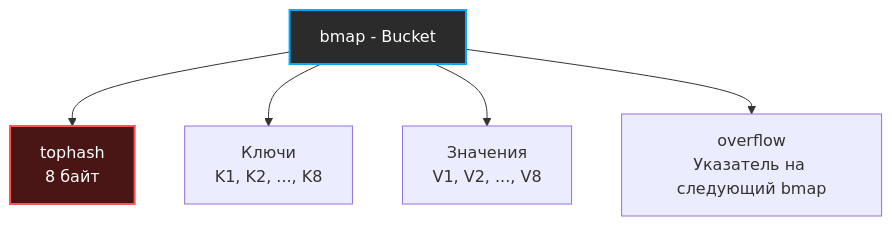
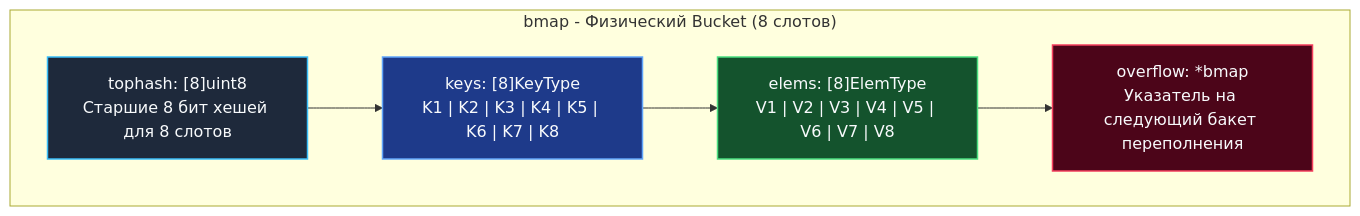
Before and after one commit to UnrealTemplier/go-textbook: the first of 2 diagrams in sources/20. Алгоритмы и структуры данных (DSA) на Go/03. Хеширование/5. Внутреннее устройство map в Go.md, drawn with Mermaid. The commit also changed other lines of this file, not shown here.

````diff
--- a/sources/20. Алгоритмы и структуры данных (DSA) на Go/03. Хеширование/5. Внутреннее устройство map в Go.md
+++ b/sources/20. Алгоритмы и структуры данных (DSA) на Go/03. Хеширование/5. Внутреннее устройство map в Go.md
@@ -43,10 +49,23 @@
 ```mermaid
 flowchart TD
-    B["bmap - Bucket"] --> T["tophash<br>8 байт"]
-    B --> K["Ключи<br>K1, K2, ..., K8"]
-    B --> V["Значения<br>V1, V2, ..., V8"]
-    B --> O["overflow<br>Указатель на следующий bmap"]
+    subgraph Bucket["bmap - Физический Bucket (8 слотов)"]
+        T["tophash: [8]uint8<br/>Старшие 8 бит хешей для 8 слотов"]
+        K["keys: [8]KeyType<br/>K1 | K2 | K3 | K4 | K5 | K6 | K7 | K8"]
+        V["elems: [8]ElemType<br/>V1 | V2 | V3 | V4 | V5 | V6 | V7 | V8"]
+        O["overflow: *bmap<br/>Указатель на следующий бакет переполнения"]
+    end
 
-    style B fill:#2b2b2b,stroke:#00aaff,stroke-width:2px,color:#fff
-    style T fill:#4a1515,stroke:#ff5555,stroke-width:2px,color:#fff
+    T --> K
+    K --> V
+    V --> O
+
+    classDef head fill:#1e293b,stroke:#38bdf8,stroke-width:1.5px,color:#f8fafc;
+    classDef keys fill:#1e3a8a,stroke:#60a5fa,stroke-width:1.5px,color:#f8fafc;
+    classDef vals fill:#14532d,stroke:#4ade80,stroke-width:1.5px,color:#f8fafc;
+    classDef over fill:#4c0519,stroke:#f43f5e,stroke-width:1.5px,color:#f8fafc;
+
+    class T head;
+    class K keys;
+    class V vals;
+    class O over;
 ```
````
